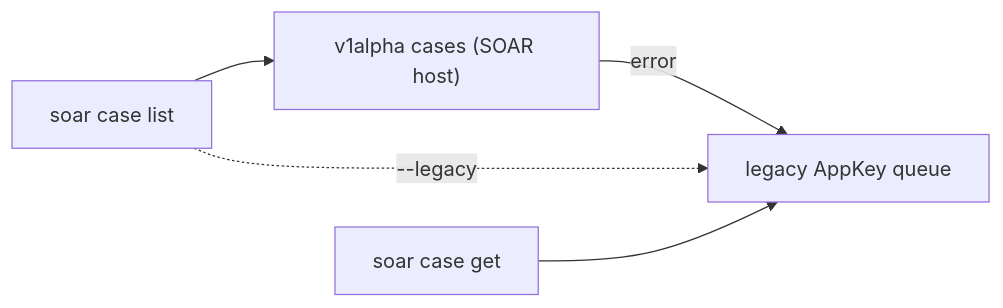
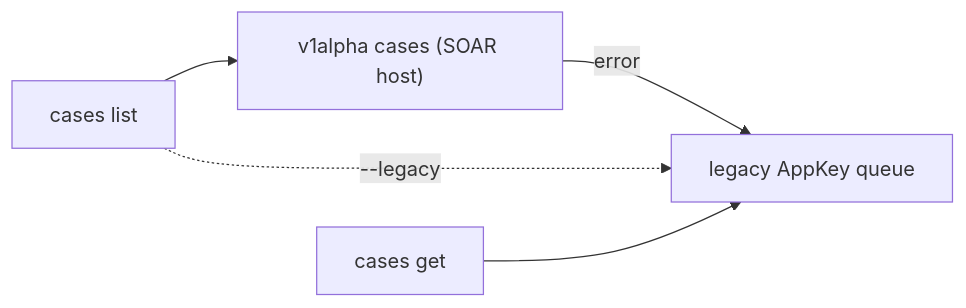
Before and after one commit to dannyota/secops: the diagram in docs/guides/soar-cases.md, drawn with Mermaid. The commit also changed other lines of this file and 40 other files, not shown here.

````diff
--- a/docs/guides/soar-cases.md
+++ b/docs/guides/soar-cases.md
@@ -138,7 +138,7 @@
 ```mermaid
 flowchart LR
-  list["soar case list"] --> modern["v1alpha cases (SOAR host)"]
+  list["cases list"] --> modern["v1alpha cases (SOAR host)"]
   modern -- "error" --> legacy["legacy AppKey queue"]
   list -. "--legacy" .-> legacy
-  get["soar case get"] --> legacy
+  get["cases get"] --> legacy
 ```
````
